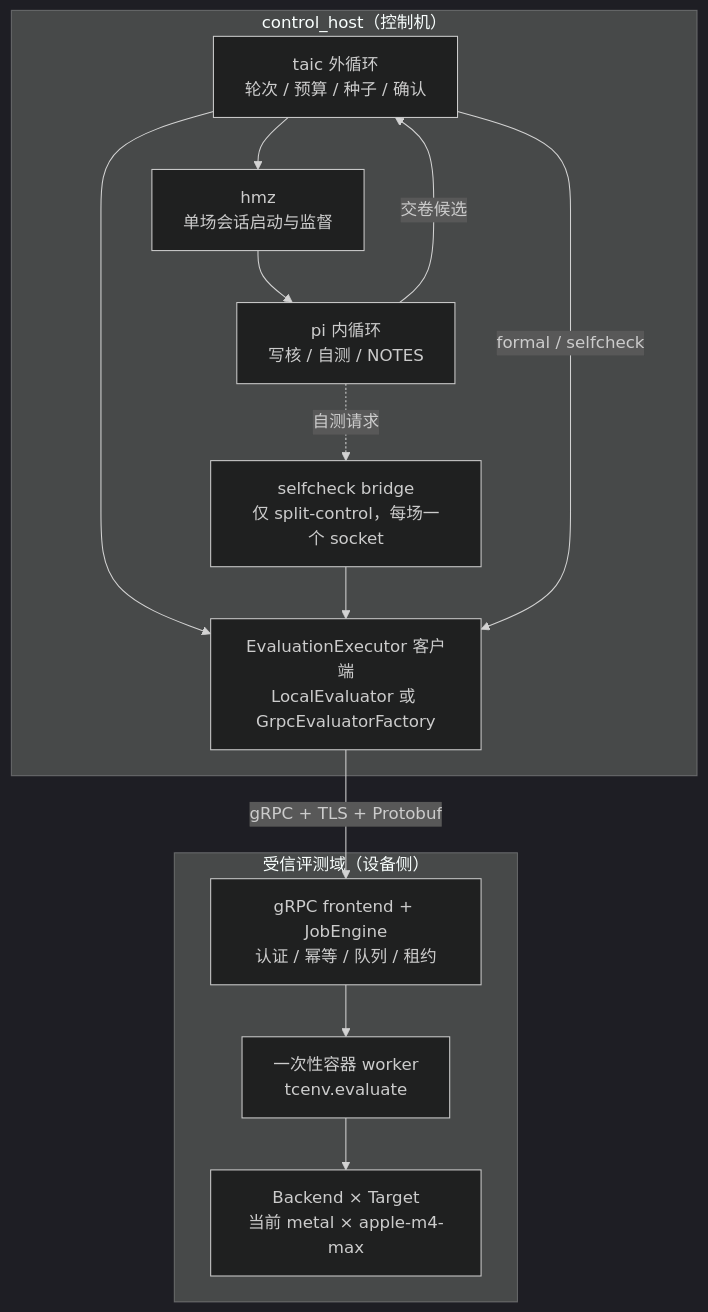
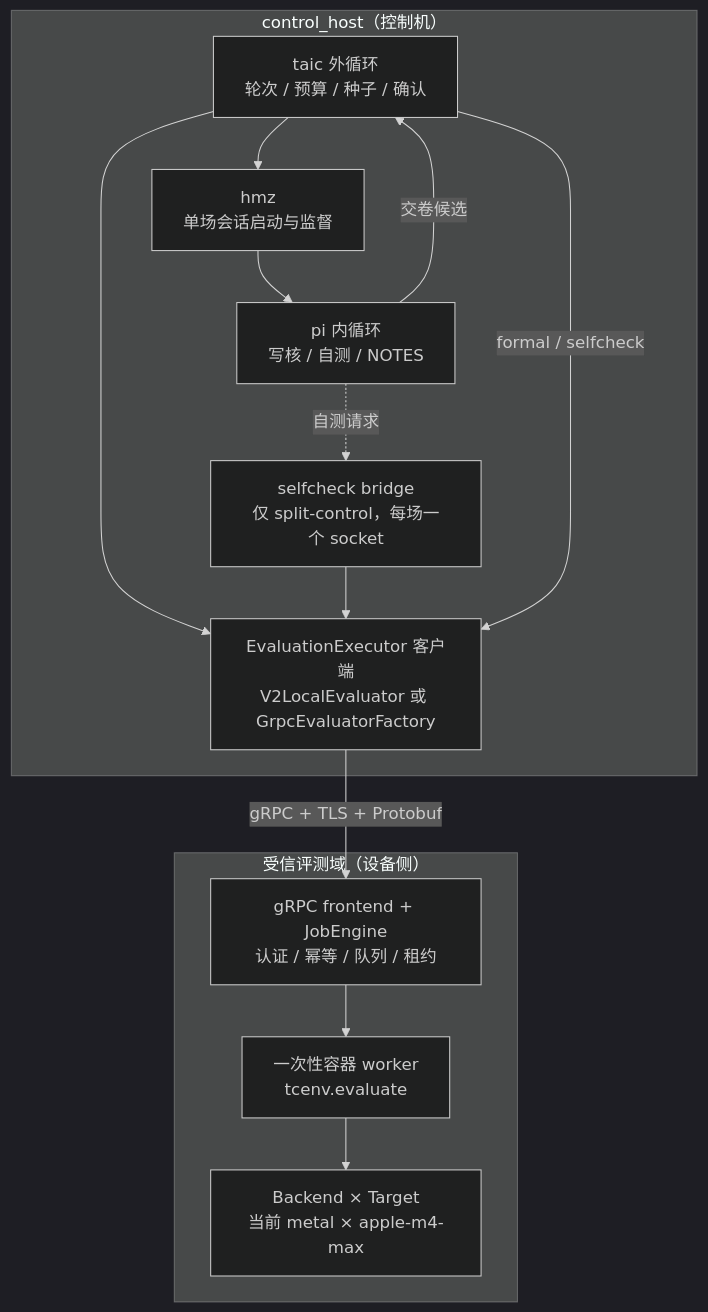
One commit to kuafuwang/ShapeForge changed the first of 9 diagrams in docs/架构/执行运行时与设备扩展.md. Above: the diagram before and after it, drawn with Mermaid (dark theme). The commit also changed other lines of this file and 93 other files, not shown here.

````diff
--- a/docs/架构/执行运行时与设备扩展.md
+++ b/docs/架构/执行运行时与设备扩展.md
@@ -25,24 +25,24 @@
 ```mermaid
 flowchart TB
   subgraph C["control_host（控制机）"]
     T["taic 外循环<br/>轮次 / 预算 / 种子 / 确认"]
     H["hmz<br/>单场会话启动与监督"]
     P["pi 内循环<br/>写核 / 自测 / NOTES"]
-    E["EvaluationExecutor 客户端<br/>LocalEvaluator 或 GrpcEvaluatorFactory"]
+    E["EvaluationExecutor 客户端<br/>V2LocalEvaluator 或 GrpcEvaluatorFactory"]
     B["selfcheck bridge<br/>仅 split-control，每场一个 socket"]
     T --> H --> P
     T --> E
     P -.->|"自测请求"| B --> E
   end
 
   subgraph R["受信评测域（设备侧）"]
     S["gRPC frontend + JobEngine<br/>认证 / 幂等 / 队列 / 租约"]
     W["一次性容器 worker<br/>tcenv.evaluate"]
     K["Backend × Target<br/>当前 metal × apple-m4-max"]
     S --> W --> K
   end
 
   P -->|"交卷候选"| T
   T -->|"formal / selfcheck"| E
   E -->|"gRPC + TLS + Protobuf"| S
 ```
````
